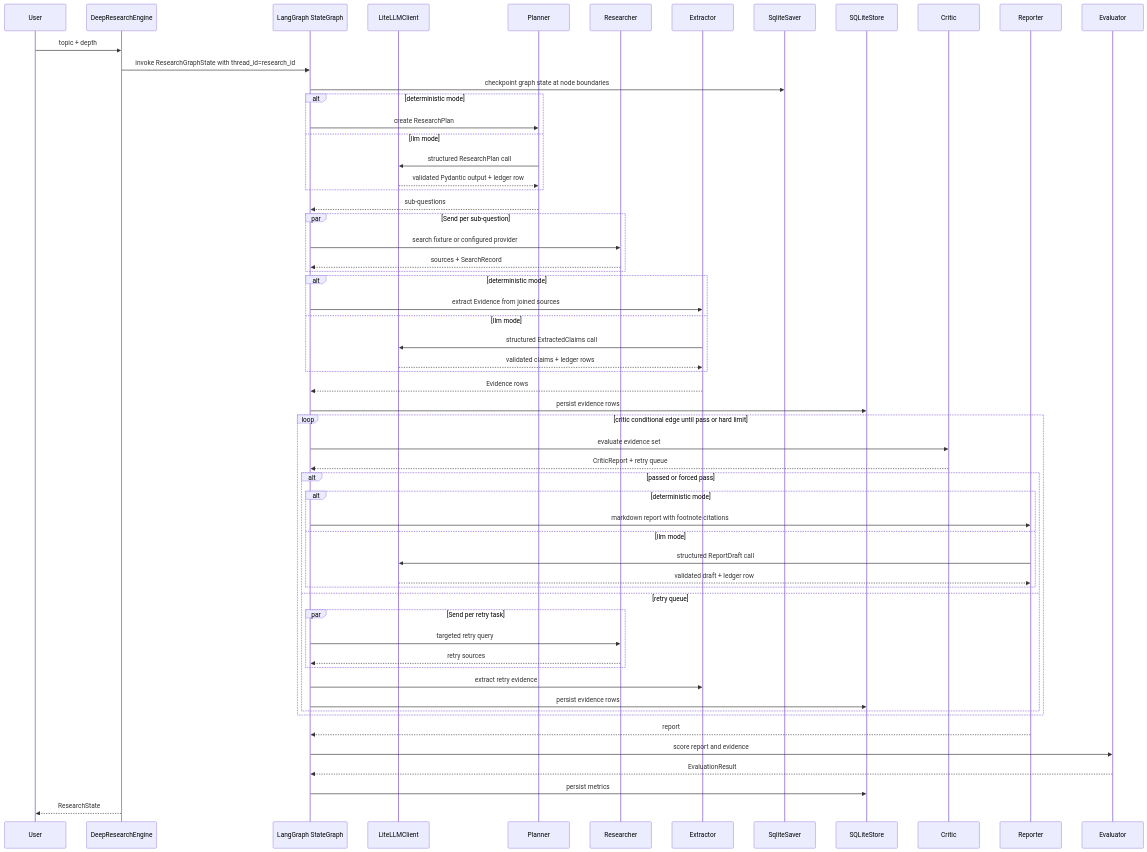
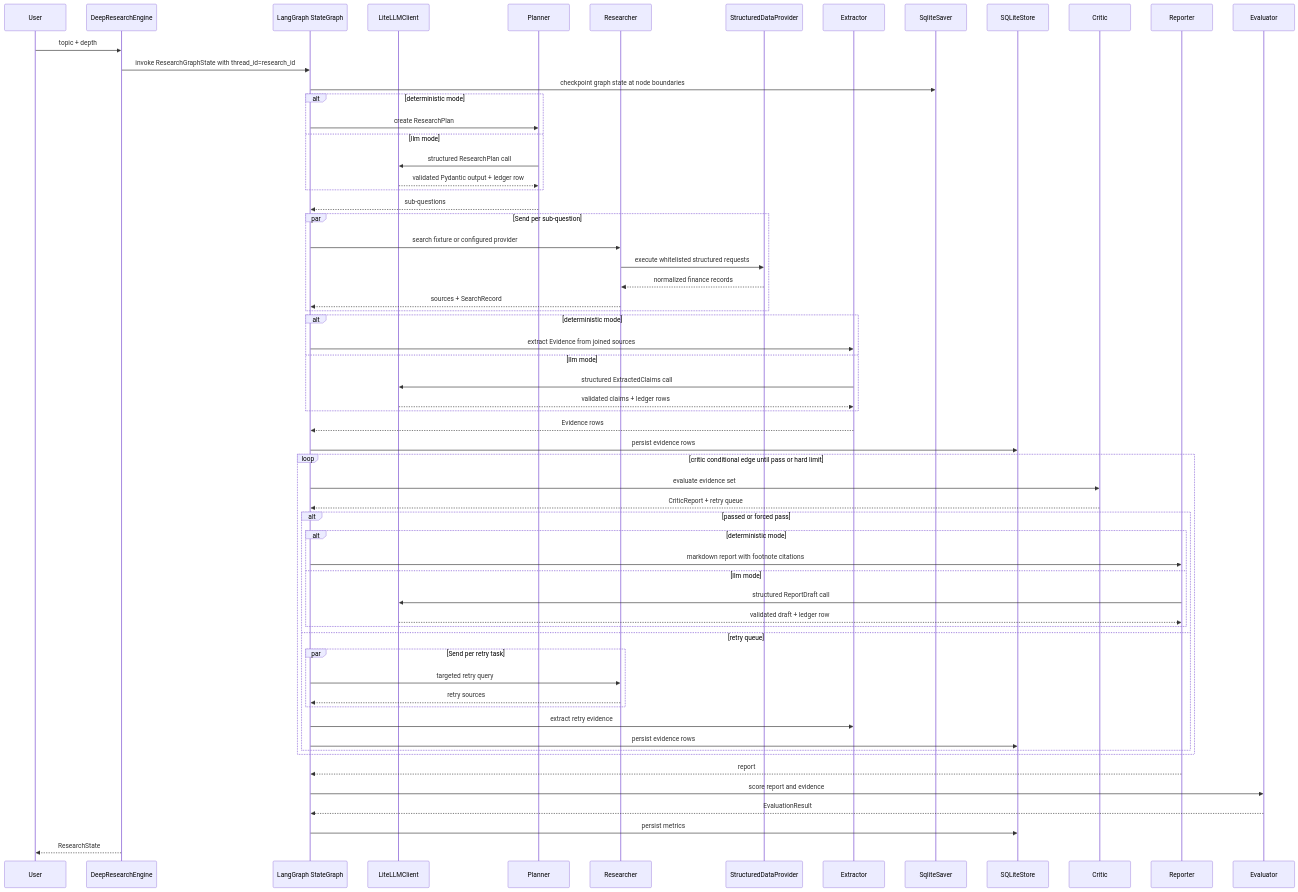
Before and after one commit to linqiaoyu/DeepResearchAgent: the diagram in docs/architecture.md, drawn with Mermaid. The commit also changed other lines of this file and 3 other files, not shown here.

Commit message:
docs: document finance data pack

````diff
--- a/docs/architecture.md
+++ b/docs/architecture.md
@@ -7,62 +7,65 @@
 ```mermaid
 sequenceDiagram
     participant User
     participant Engine as DeepResearchEngine
     participant Graph as LangGraph StateGraph
     participant LLM as LiteLLMClient
     participant Planner
     participant Researcher
+    participant Data as StructuredDataProvider
     participant Extractor
     participant Saver as SqliteSaver
     participant Store as SQLiteStore
     participant Critic
     participant Reporter
     participant Evaluator
 
     User->>Engine: topic + depth
     Engine->>Graph: invoke ResearchGraphState with thread_id=research_id
     Graph->>Saver: checkpoint graph state at node boundaries
     alt deterministic mode
         Graph->>Planner: create ResearchPlan
     else llm mode
         Planner->>LLM: structured ResearchPlan call
         LLM-->>Planner: validated Pydantic output + ledger row
     end
     Planner-->>Graph: sub-questions
     par Send per sub-question
         Graph->>Researcher: search fixture or configured provider
+        Researcher->>Data: execute whitelisted structured requests
+        Data-->>Researcher: normalized finance records
         Researcher-->>Graph: sources + SearchRecord
     end
     alt deterministic mode
         Graph->>Extractor: extract Evidence from joined sources
     else llm mode
         Extractor->>LLM: structured ExtractedClaims call
         LLM-->>Extractor: validated claims + ledger rows
     end
     Extractor-->>Graph: Evidence rows
     Graph->>Store: persist evidence rows
     loop critic conditional edge until pass or hard limit
         Graph->>Critic: evaluate evidence set
         Critic-->>Graph: CriticReport + retry queue
         alt passed or forced pass
             alt deterministic mode
                 Graph->>Reporter: markdown report with footnote citations
             else llm mode
                 Reporter->>LLM: structured ReportDraft call
                 LLM-->>Reporter: validated draft + ledger row
             end
         else retry queue
             par Send per retry task
                 Graph->>Researcher: targeted retry query
                 Researcher-->>Graph: retry sources
             end
             Graph->>Extractor: extract retry evidence
             Graph->>Store: persist evidence rows
         end
     end
     Reporter-->>Graph: report
     Graph->>Evaluator: score report and evidence
     Evaluator-->>Graph: EvaluationResult
     Graph->>Store: persist metrics
     Engine-->>User: ResearchState
 ```
````
